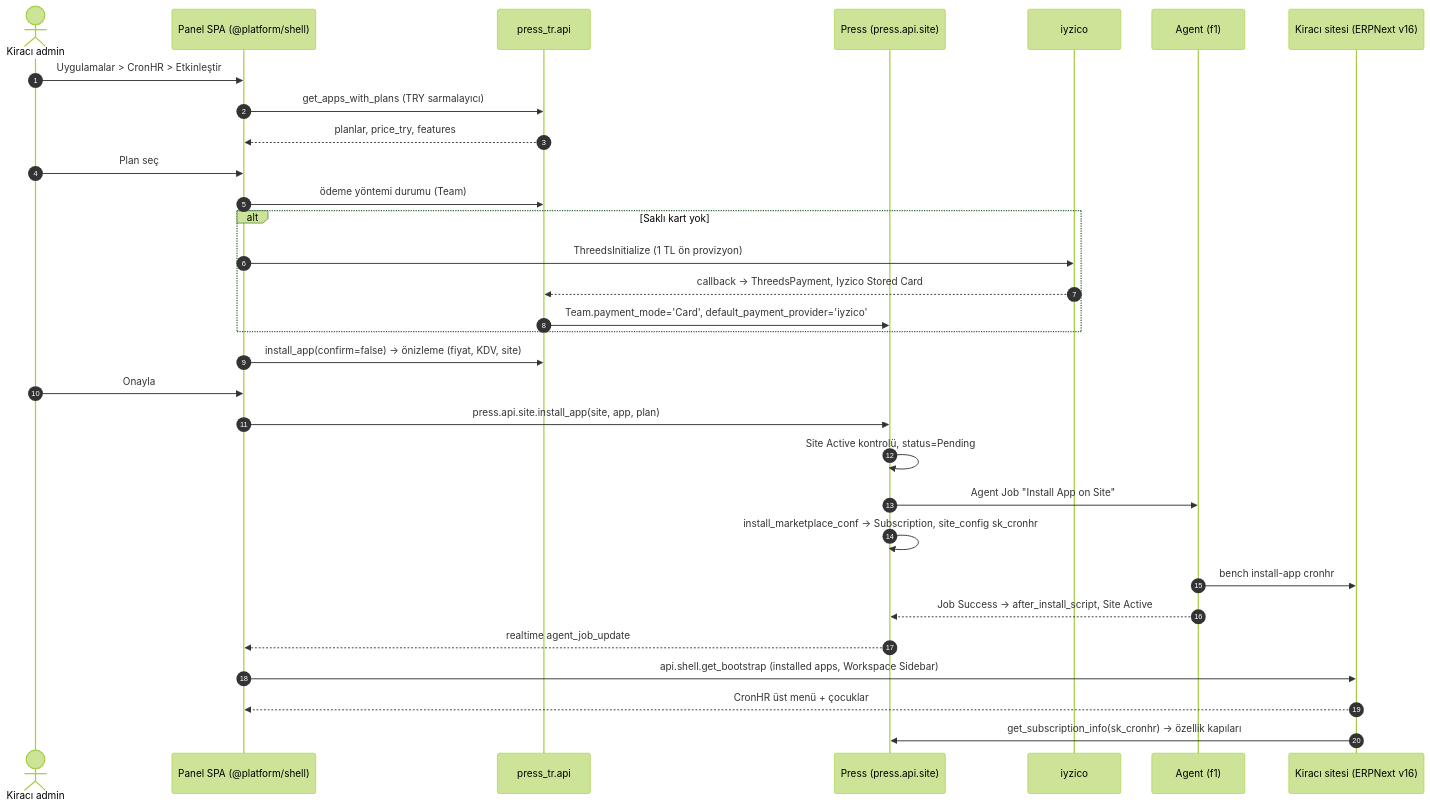
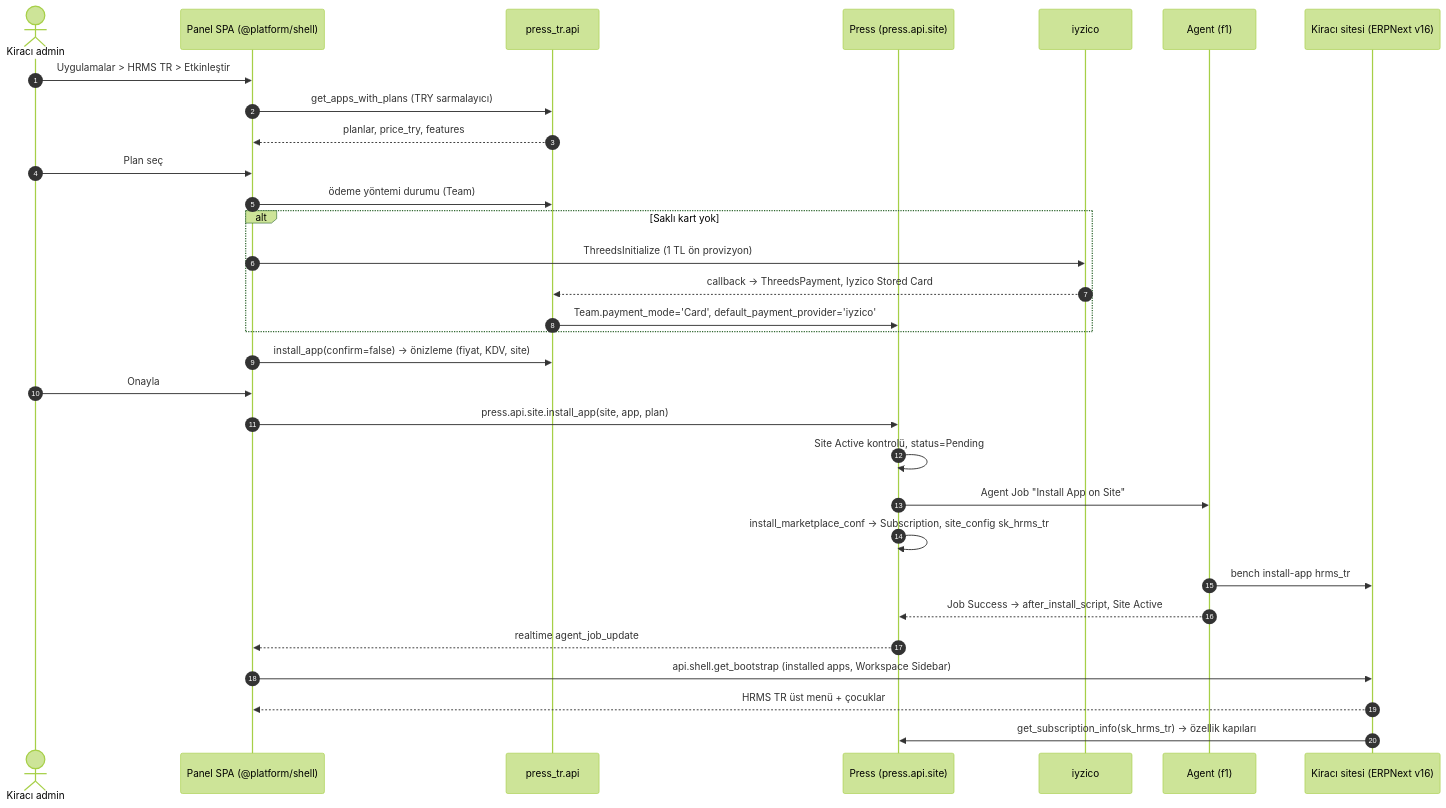
Before and after one commit to karacaismail/frappesetup: the diagram in src/content/docs/rail-1-press.md, drawn with Mermaid (forest theme). The commit also changed other lines of this file and 20 other files, not shown here.

````diff
--- a/src/content/docs/rail-1-press.md
+++ b/src/content/docs/rail-1-press.md
@@ -11,33 +11,33 @@
 ```mermaid
 sequenceDiagram
     autonumber
     actor K as Kiracı admin
     participant P as Panel SPA (@platform/shell)
     participant PT as press_tr.api
     participant PR as Press (press.api.site)
     participant IY as iyzico
     participant AG as Agent (f1)
     participant S as Kiracı sitesi (ERPNext v16)
-    K->>P: Uygulamalar > CronHR > Etkinleştir
+    K->>P: Uygulamalar > HRMS TR > Etkinleştir
     P->>PT: get_apps_with_plans (TRY sarmalayıcı)
     PT-->>P: planlar, price_try, features
     K->>P: Plan seç
     P->>PT: ödeme yöntemi durumu (Team)
     alt Saklı kart yok
         P->>IY: ThreedsInitialize (1 TL ön provizyon)
         IY-->>PT: callback → ThreedsPayment, Iyzico Stored Card
         PT->>PR: Team.payment_mode='Card', default_payment_provider='iyzico'
     end
     P->>PT: install_app(confirm=false) → önizleme (fiyat, KDV, site)
     K->>P: Onayla
     P->>PR: press.api.site.install_app(site, app, plan)
     PR->>PR: Site Active kontrolü, status=Pending
     PR->>AG: Agent Job "Install App on Site"
-    PR->>PR: install_marketplace_conf → Subscription, site_config sk_cronhr
-    AG->>S: bench install-app cronhr
+    PR->>PR: install_marketplace_conf → Subscription, site_config sk_hrms_tr
+    AG->>S: bench install-app hrms_tr
     AG-->>PR: Job Success → after_install_script, Site Active
     PR-->>P: realtime agent_job_update
     P->>S: api.shell.get_bootstrap (installed apps, Workspace Sidebar)
-    S-->>P: CronHR üst menü + çocuklar
-    S->>PR: get_subscription_info(sk_cronhr) → özellik kapıları
+    S-->>P: HRMS TR üst menü + çocuklar
+    S->>PR: get_subscription_info(sk_hrms_tr) → özellik kapıları
 ```
````
